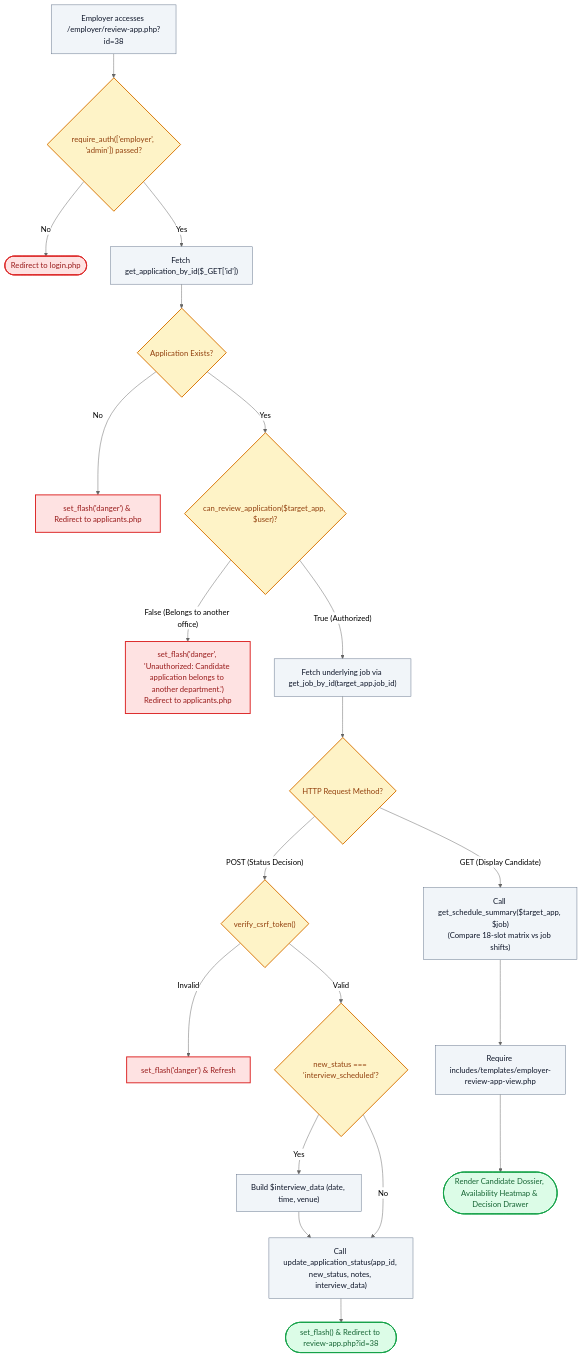
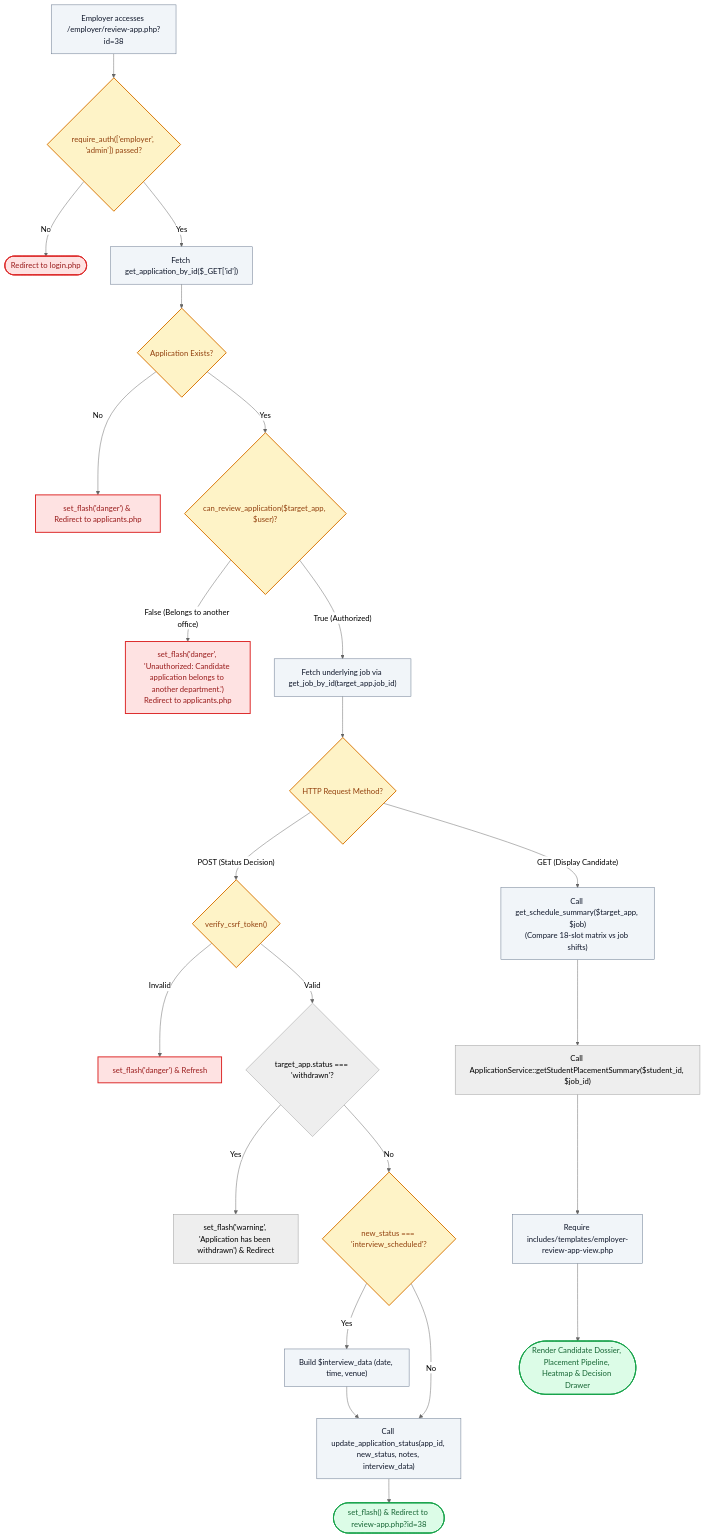
The diagram in docs/codebase/employer/review-app.php.md (AlwinsonTGM/Campus-Job-Posting-System), drawn with Mermaid (neutral theme) before and after one commit. The commit also changed other lines of this file and 61 other files, not shown here.

Commit message:
feat(student,settings,devblog): add persistent profile resumes, concurrent placement governance, settings UI/UX rebalance, and Day 26-27 chronicles

````diff
--- a/docs/codebase/employer/review-app.php.md
+++ b/docs/codebase/employer/review-app.php.md
@@ -35,41 +35,44 @@
 ```mermaid
 flowchart TD
     Req["Employer accesses /employer/review-app.php?id=38"] --> AuthGate{"require_auth(['employer', 'admin']) passed?"}
     
     AuthGate -- "No" --> DenyAuth(["Redirect to login.php"])
     AuthGate -- "Yes" --> FetchApp["Fetch get_application_by_id($_GET['id'])"]
     
     FetchApp --> AppExists{"Application Exists?"}
     AppExists -- "No" --> RedirectNotFound["set_flash('danger') & Redirect to applicants.php"]
     
     AppExists -- "Yes" --> OwnershipGate{"can_review_application($target_app, $user)?"}
     OwnershipGate -- "False (Belongs to another office)" --> DenyIDOR["set_flash('danger', 'Unauthorized: Candidate application belongs to another department.')<br/>Redirect to applicants.php"]
     
     OwnershipGate -- "True (Authorized)" --> FetchJob["Fetch underlying job via get_job_by_id(target_app.job_id)"]
     
     FetchJob --> CheckMethod{"HTTP Request Method?"}
     
     CheckMethod -- "POST (Status Decision)" --> CheckCSRF{"verify_csrf_token()"}
     CheckCSRF -- "Invalid" --> CSRFError["set_flash('danger') & Refresh"]
-    CheckCSRF -- "Valid" --> CheckStatus{"new_status === 'interview_scheduled'?"}
+    CheckCSRF -- "Valid" --> CheckWithdrawn{"target_app.status === 'withdrawn'?"}
+    CheckWithdrawn -- "Yes" --> WithdrawnError["set_flash('warning', 'Application has been withdrawn') & Redirect"]
+    CheckWithdrawn -- "No" --> CheckStatus{"new_status === 'interview_scheduled'?"}
     
     CheckStatus -- "Yes" --> PackageInterview["Build $interview_data (date, time, venue)"]
     CheckStatus -- "No" --> ExecUpdate["Call update_application_status(app_id, new_status, notes, interview_data)"]
     PackageInterview --> ExecUpdate
     
     ExecUpdate --> RefreshDrawer(["set_flash() & Redirect to review-app.php?id=38"])
     
     CheckMethod -- "GET (Display Candidate)" --> CalcScheduleFit["Call get_schedule_summary($target_app, $job)<br/>(Compare 18-slot matrix vs job shifts)"]
-    CalcScheduleFit --> DelegateView["Require includes/templates/employer-review-app-view.php"]
-    DelegateView --> StreamOutput(["Render Candidate Dossier, Availability Heatmap & Decision Drawer"])
+    CalcScheduleFit --> CalcPlacement["Call ApplicationService::getStudentPlacementSummary($student_id, $job_id)"]
+    CalcPlacement --> DelegateView["Require includes/templates/employer-review-app-view.php"]
+    DelegateView --> StreamOutput(["Render Candidate Dossier, Placement Pipeline, Heatmap & Decision Drawer"])
     
     classDef gate fill:#fef3c7,stroke:#d97706,stroke-width:2px,color:#92400e;
     classDef success fill:#dcfce7,stroke:#16a34a,stroke-width:2px,color:#166534;
     classDef danger fill:#fee2e2,stroke:#dc2626,stroke-width:2px,color:#991b1b;
     classDef step fill:#f1f5f9,stroke:#64748b,stroke-width:1px,color:#0f172a;
     
     class AuthGate,AppExists,OwnershipGate,CheckMethod,CheckCSRF,CheckStatus gate;
     class StreamOutput,RefreshDrawer success;
     class DenyAuth,RedirectNotFound,DenyIDOR,CSRFError danger;
     class Req,FetchApp,FetchJob,PackageInterview,ExecUpdate,CalcScheduleFit,DelegateView step;
 ```
````
